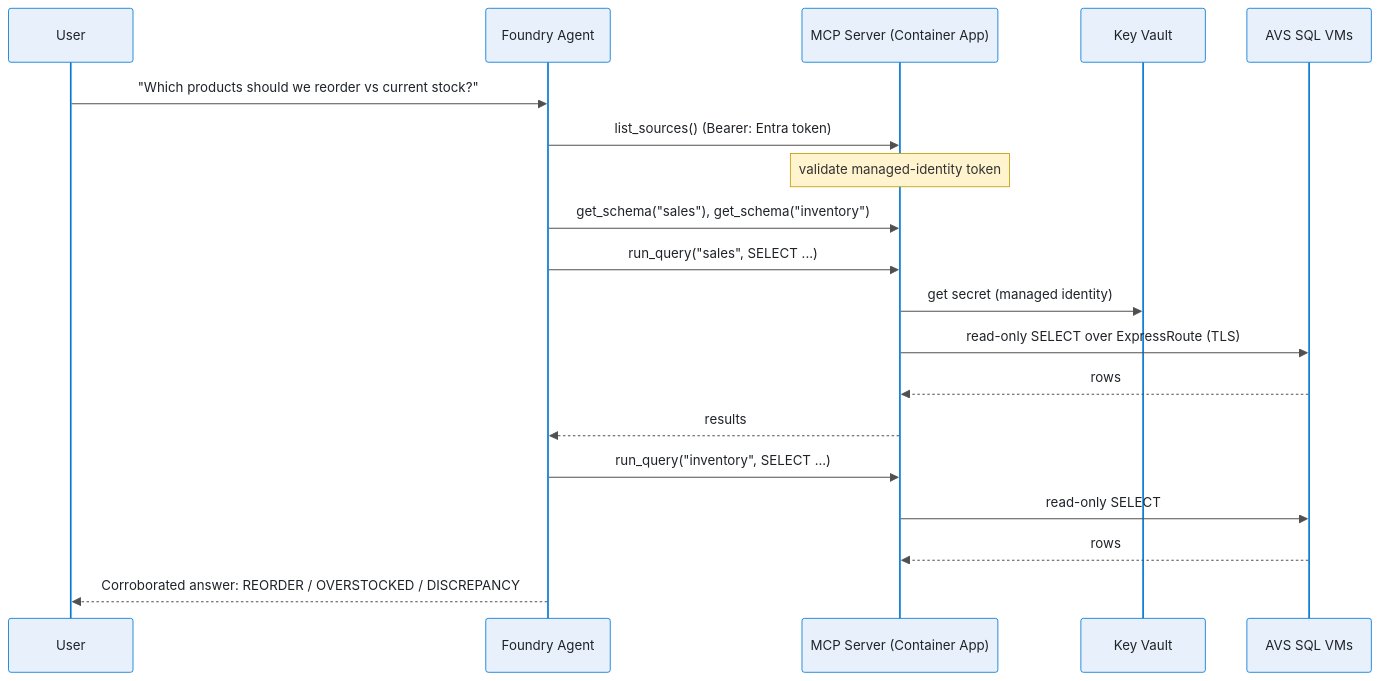
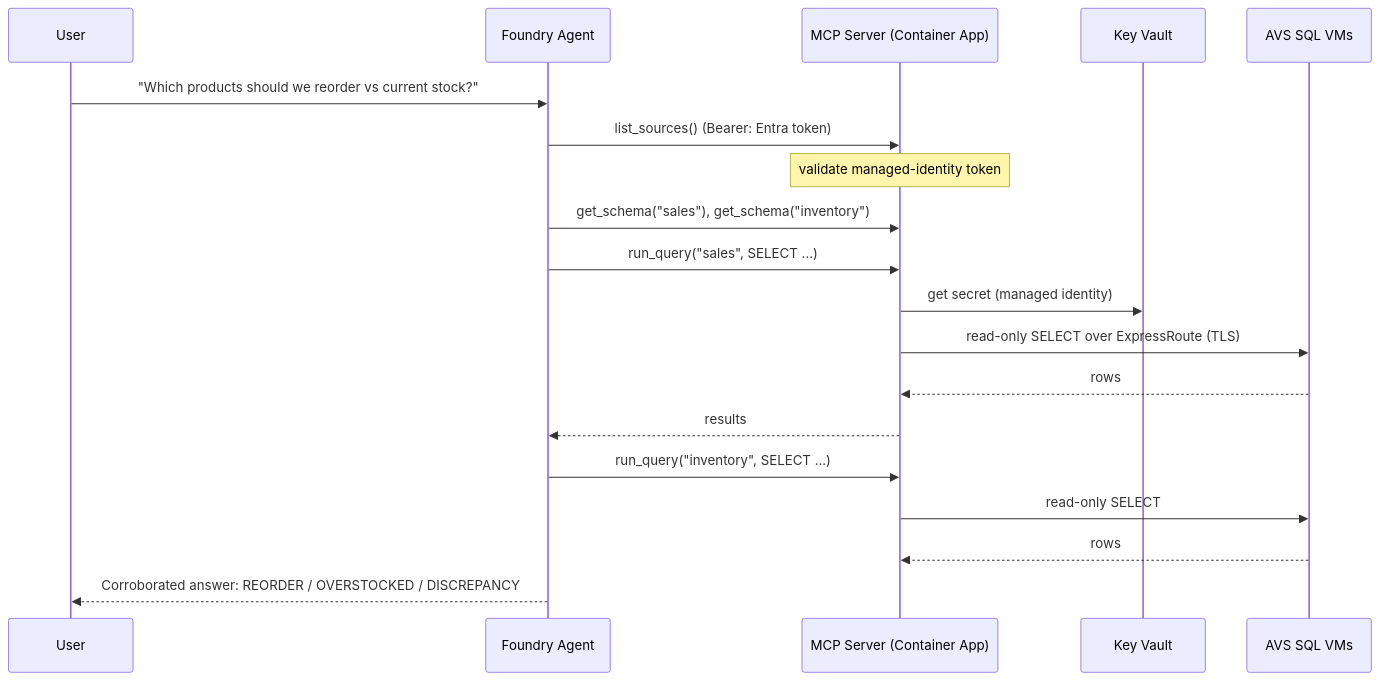
Before and after one commit to nivasn-msft/AVS-workload-agent: the third of 3 diagrams in docs/blog.md, drawn with Mermaid. The commit also changed other lines of this file, not shown here.

First line of the commit message:
docs: style the blog mermaid diagrams with the Azure palette

````diff
--- a/docs/blog.md
+++ b/docs/blog.md
@@ -219,26 +211,21 @@
 ```mermaid
-%%{init: {'theme':'base','themeVariables':{
-  'fontFamily':'Segoe UI, -apple-system, sans-serif',
-  'primaryColor':'#E8F1FB','primaryTextColor':'#1F2328','primaryBorderColor':'#0078D4',
-  'lineColor':'#8661C5','actorBkg':'#E8F1FB','actorBorder':'#0078D4','actorTextColor':'#1F2328',
-  'signalColor':'#505050','signalTextColor':'#1F2328','noteBkgColor':'#FFF4CE','noteBorderColor':'#C19C00'}}}%%
 sequenceDiagram
     participant U as User
     participant A as Foundry Agent
     participant M as MCP Server (Container App)
     participant K as Key Vault
     participant D as AVS SQL VMs
     U->>A: "Which products should we reorder vs current stock?"
     A->>M: list_sources()  (Bearer: Entra token)
     Note over M: validate managed-identity token
     A->>M: get_schema("sales"), get_schema("inventory")
     A->>M: run_query("sales", SELECT ...)
     M->>K: get secret (managed identity)
     M->>D: read-only SELECT over ExpressRoute (TLS)
     D-->>M: rows
     M-->>A: results
     A->>M: run_query("inventory", SELECT ...)
     M->>D: read-only SELECT
     D-->>M: rows
     A-->>U: Corroborated answer: REORDER / OVERSTOCKED / DISCREPANCY
 ```
````
